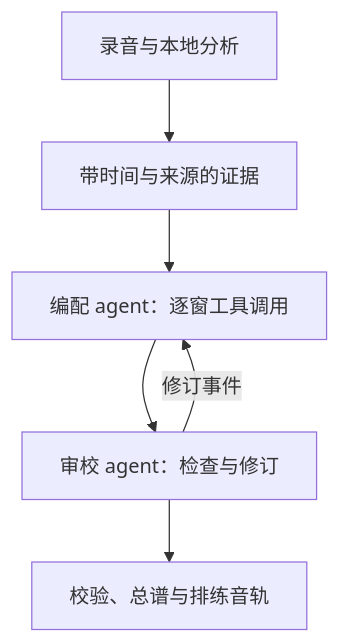
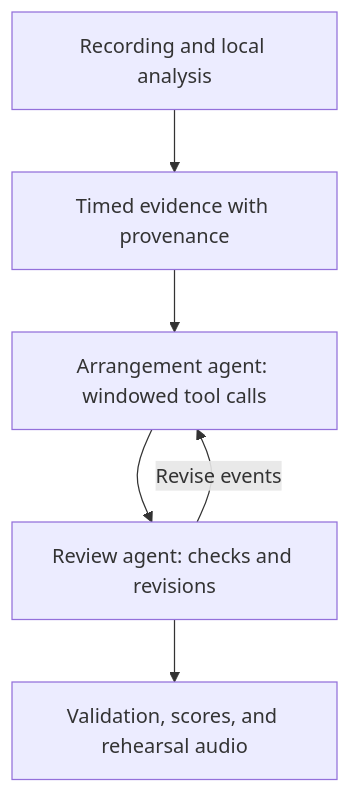
The diagram in agent_system/README.md (Benzoin96485/macapakka), drawn with Mermaid before and after one commit. The commit also changed other lines of this file and 6 other files, not shown here.

````diff
--- a/agent_system/README.md
+++ b/agent_system/README.md
@@ -23,8 +23,8 @@
 ```mermaid
 flowchart TD
-    A["录音与本地分析"] --> B["带时间与来源的证据"]
-    B --> C["编配 agent：逐窗工具调用"]
-    C --> D["审校 agent：检查与修订"]
-    D --> E["校验、总谱与排练音轨"]
-    D -->|修订事件| C
+    A["Recording and local analysis"] --> B["Timed evidence with provenance"]
+    B --> C["Arrangement agent: windowed tool calls"]
+    C --> D["Review agent: checks and revisions"]
+    D --> E["Validation, scores, and rehearsal audio"]
+    D -->|Revise events| C
 ```
````
